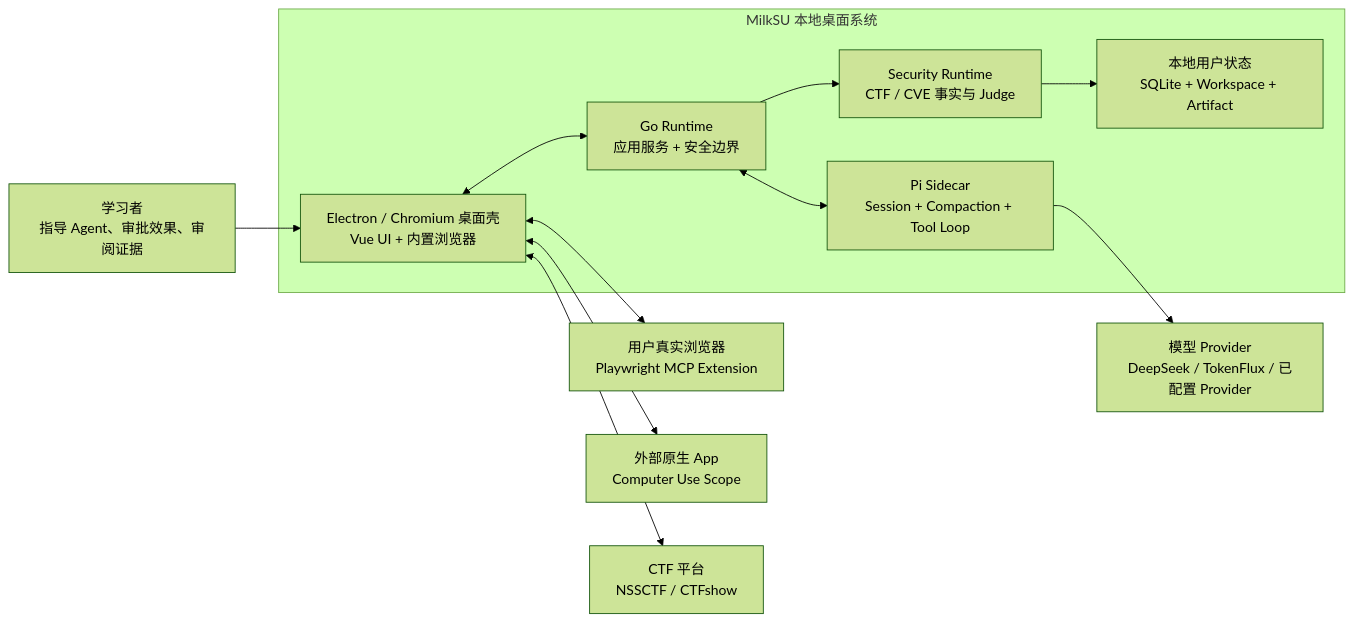
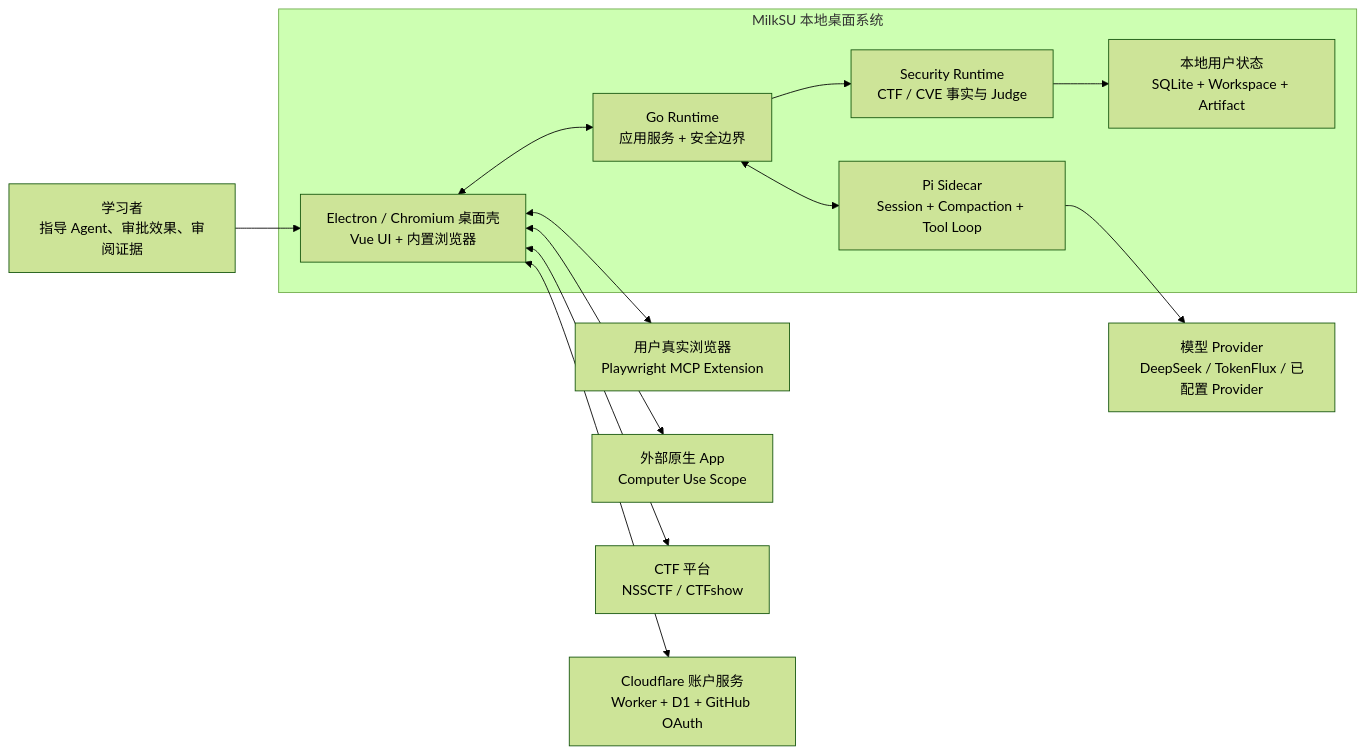
The first of 4 diagrams in docs/architecture/current-system.md (MilkSU-Official/milksu), drawn with Mermaid (forest theme) before and after one commit. The commit also changed other lines of this file and 3 other files, not shown here.

Commit message:
docs: record Cloudflare account deployment

````diff
--- a/docs/architecture/current-system.md
+++ b/docs/architecture/current-system.md
@@ -12,25 +12,27 @@
 ```mermaid
 flowchart LR
     learner["学习者<br/>指导 Agent、审批效果、审阅证据"]
     provider["模型 Provider<br/>DeepSeek / TokenFlux / 已配置 Provider"]
     user_browser["用户真实浏览器<br/>Playwright MCP Extension"]
     native_apps["外部原生 App<br/>Computer Use Scope"]
     ctf_platforms["CTF 平台<br/>NSSCTF / CTFshow"]
+    account_cloud["Cloudflare 账户服务<br/>Worker + D1 + GitHub OAuth"]
 
     subgraph milksu["MilkSU 本地桌面系统"]
         chromium["Electron / Chromium 桌面壳<br/>Vue UI + 内置浏览器"]
         go["Go Runtime<br/>应用服务 + 安全边界"]
         pi["Pi Sidecar<br/>Session + Compaction + Tool Loop"]
         security["Security Runtime<br/>CTF / CVE 事实与 Judge"]
         local["本地用户状态<br/>SQLite + Workspace + Artifact"]
     end
 
     learner --> chromium
     chromium <--> go
     go <--> pi
     pi --> provider
     go --> security --> local
     chromium <--> user_browser
     chromium <--> native_apps
     chromium <--> ctf_platforms
+    chromium <--> account_cloud
 ```
````
